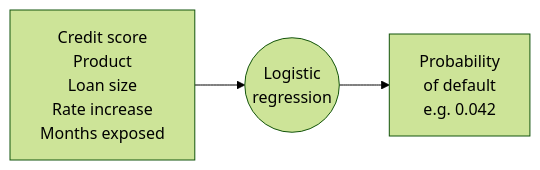
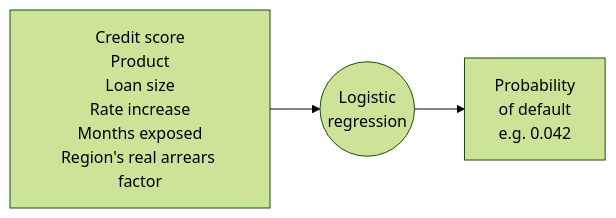
The tenth of 11 diagrams in docs/PROJECT_EXPLAINED.md (MokshJaiswal/canadian-credit-risk-analytics), drawn with Mermaid (forest theme) before and after one commit. The commit also changed other lines of this file and 3 other files, not shown here.

````diff
--- a/docs/PROJECT_EXPLAINED.md
+++ b/docs/PROJECT_EXPLAINED.md
@@ -587,5 +639,5 @@
 ```mermaid
 flowchart LR
-    A["Credit score<br/>Product<br/>Loan size<br/>Rate increase<br/>Months exposed"] --> M(("Logistic<br/>regression"))
+    A["Credit score<br/>Product<br/>Loan size<br/>Rate increase<br/>Months exposed<br/>Region's real arrears factor"] --> M(("Logistic<br/>regression"))
     M --> P["Probability<br/>of default<br/>e.g. 0.042"]
 ```
````
